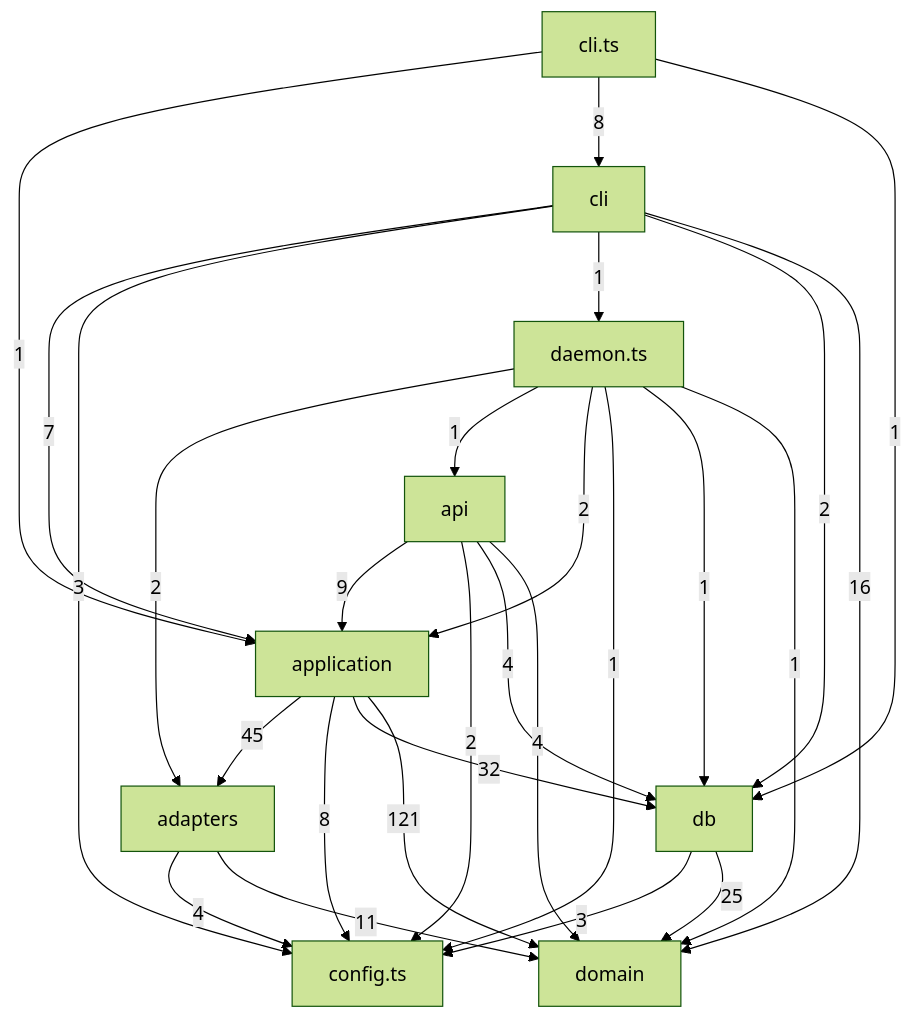
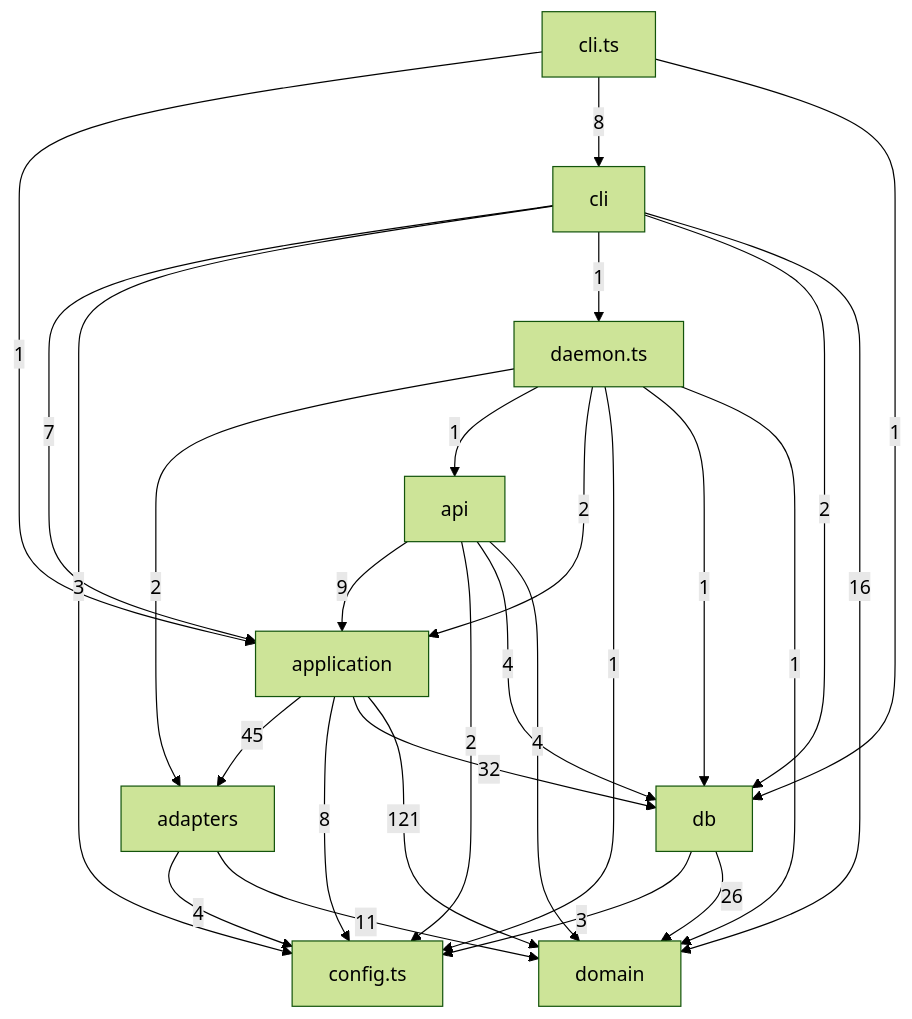
One commit to tomrobdev/agentdeck changed the third of 5 diagrams in docs/architecture.md. Above: the diagram before and after it, drawn with Mermaid (forest theme). The commit also changed 1 other file, not shown here.

Commit message:
Docs: regenerate architecture.md, allow the given plan copy's path

````diff
--- a/docs/architecture.md
+++ b/docs/architecture.md
@@ -105,38 +105,38 @@
 ```mermaid
 flowchart TD
   adapters["adapters"]
   api["api"]
   application["application"]
   cli["cli"]
   cli_ts["cli.ts"]
   config_ts["config.ts"]
   daemon_ts["daemon.ts"]
   db["db"]
   domain["domain"]
   adapters -->|4| config_ts
   adapters -->|11| domain
   api -->|9| application
   api -->|2| config_ts
   api -->|4| db
   api -->|4| domain
   application -->|45| adapters
   application -->|8| config_ts
   application -->|32| db
   application -->|121| domain
   cli_ts -->|1| application
   cli_ts -->|8| cli
   cli_ts -->|1| db
   cli -->|7| application
   cli -->|3| config_ts
   cli -->|1| daemon_ts
   cli -->|2| db
   cli -->|16| domain
   daemon_ts -->|2| adapters
   daemon_ts -->|1| api
   daemon_ts -->|2| application
   daemon_ts -->|1| config_ts
   daemon_ts -->|1| db
   daemon_ts -->|1| domain
   db -->|3| config_ts
-  db -->|25| domain
+  db -->|26| domain
 ```
````
